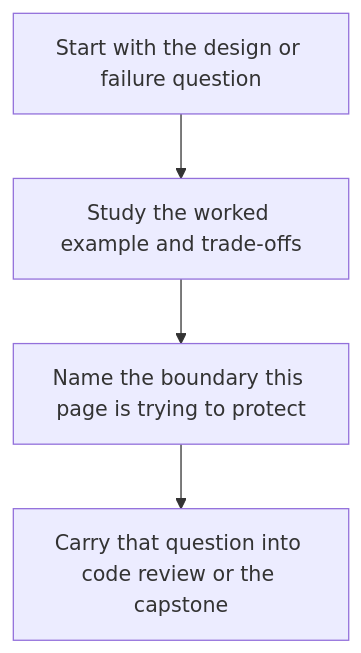
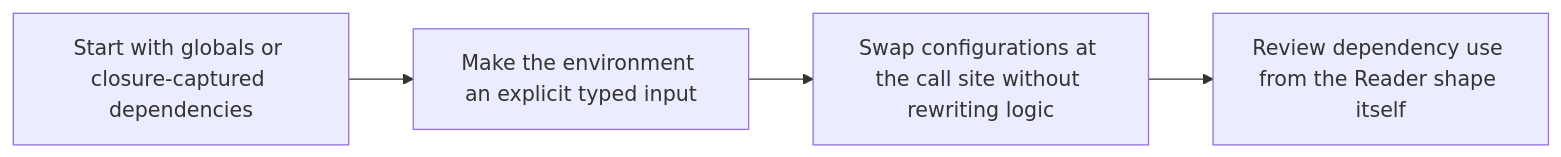
Before and after one commit to bijux/bijux-masterclass: the diagram in programs/python-programming/python-functional-programming/course-book/module-06-monadic-flow-explicit-context/reader-pattern.md, drawn with Mermaid. The commit also changed other lines of this file, not shown here.

Commit message:
docs(functional-programming): clarify reader lesson

````diff
--- a/programs/python-programming/python-functional-programming/course-book/module-06-monadic-flow-explicit-context/reader-pattern.md
+++ b/programs/python-programming/python-functional-programming/course-book/module-06-monadic-flow-explicit-context/reader-pattern.md
@@ -15,6 +7,6 @@
 ```mermaid
-flowchart TD
-  problem["Start with the design or failure question"] --> example["Study the worked example and trade-offs"]
-  example --> boundary["Name the boundary this page is trying to protect"]
-  boundary --> proof["Carry that question into code review or the capstone"]
+flowchart LR
+  hidden["Start with globals or closure-captured dependencies"] --> explicit["Make the environment an explicit typed input"]
+  explicit --> swap["Swap configurations at the call site without rewriting logic"]
+  swap --> review["Review dependency use from the Reader shape itself"]
 ```
````
